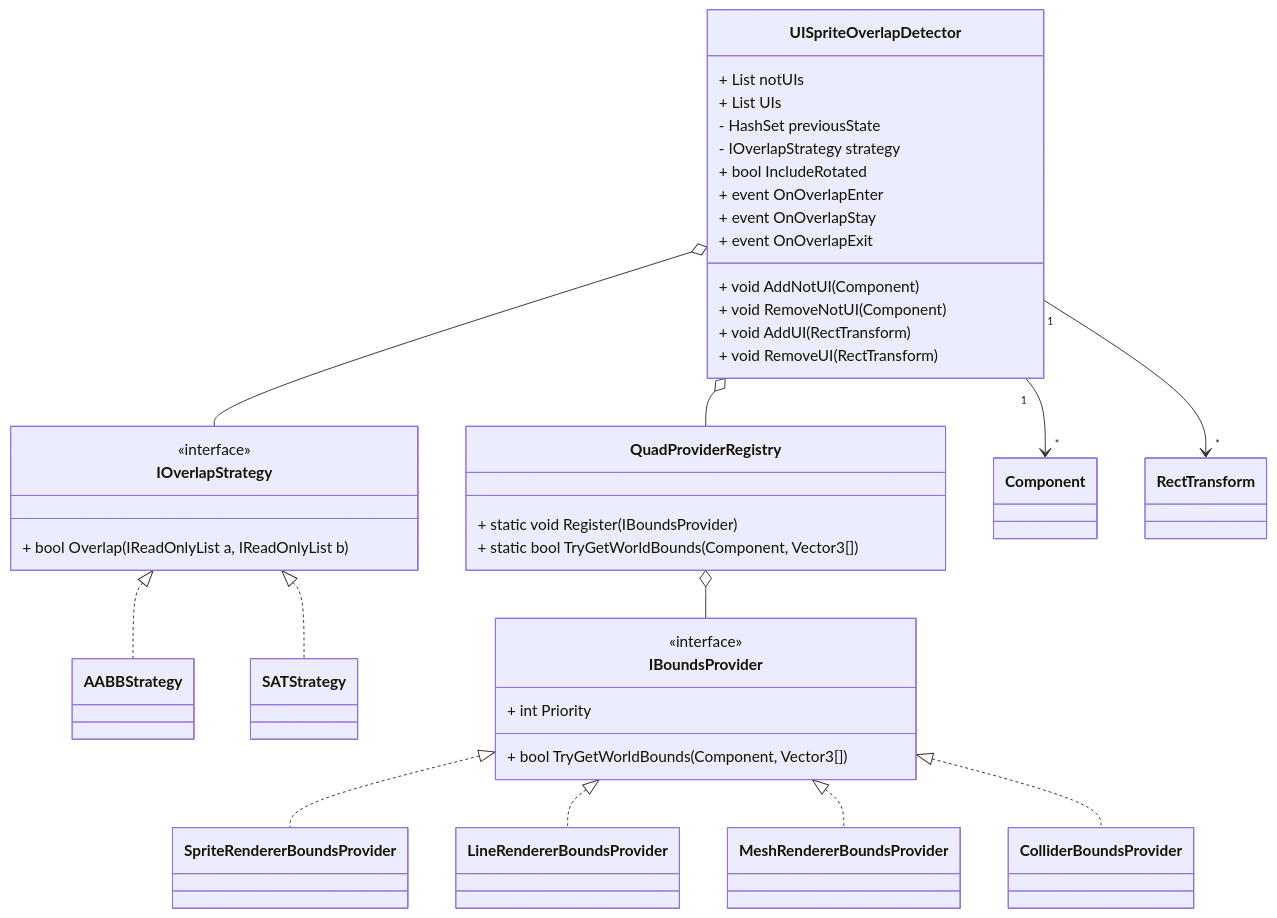
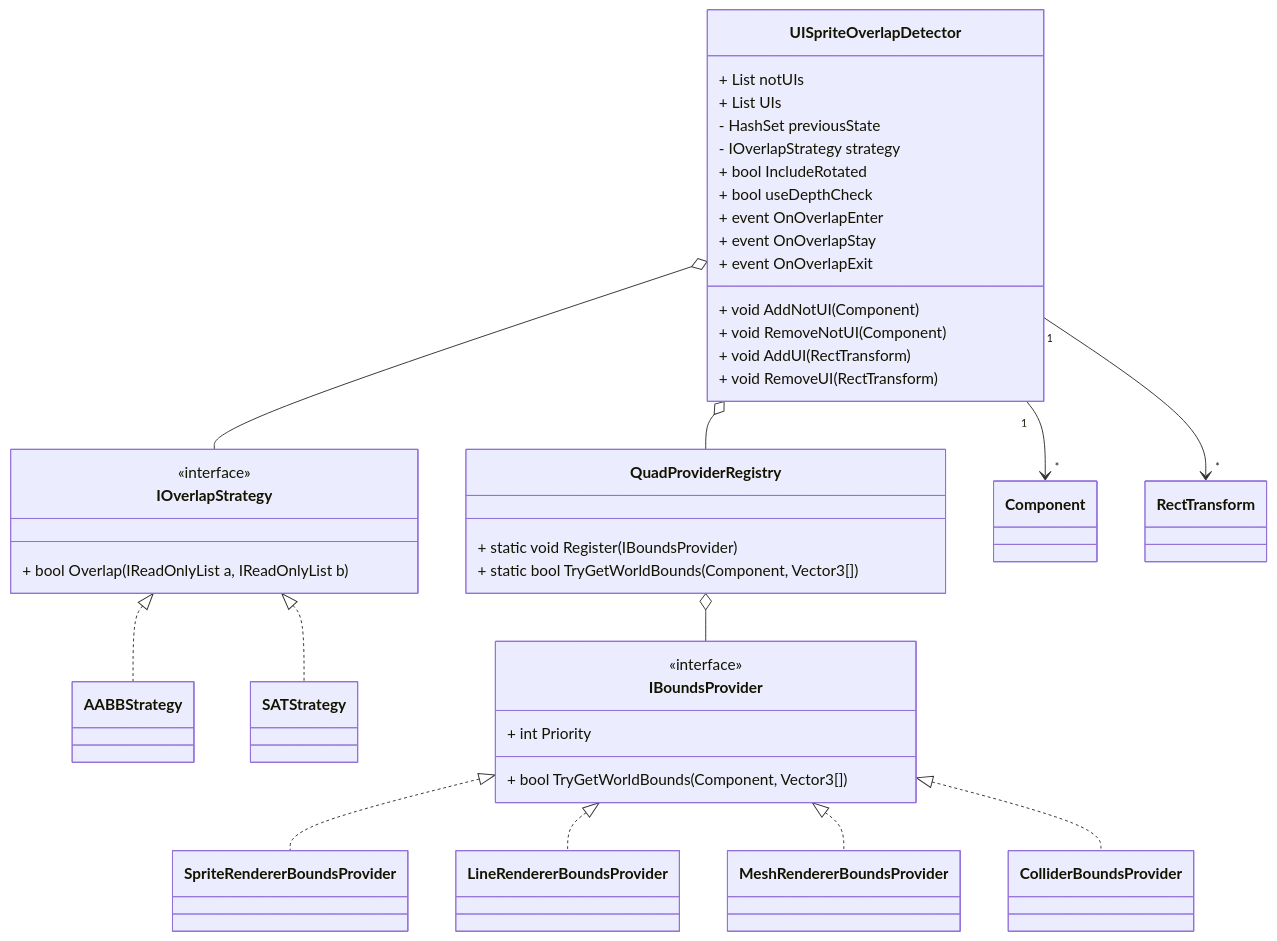
One commit to SunagimoOisii/UIOverlapDetector changed the diagram in README.md. Above: the diagram before and after it, drawn with Mermaid. The commit also changed other lines of this file and 4 other files, not shown here.

````diff
--- a/README.md
+++ b/README.md
@@ -29,58 +30,59 @@
 ```mermaid
 classDiagram
     direction TD
     
     class IOverlapStrategy {
         <<interface>>
-        + bool Overlap(IReadOnlyList<Vector2> a, IReadOnlyList<Vector2> b)
+        + bool Overlap(IReadOnlyList<Vector3> a, IReadOnlyList<Vector3> b)
     }
 
     class AABBStrategy
     class SATStrategy
 
     IOverlapStrategy <|.. AABBStrategy
     IOverlapStrategy <|.. SATStrategy
 
     class IBoundsProvider {
         <<interface>>
         + int Priority
         + bool TryGetWorldBounds(Component, Vector3[])
     }
 
     class SpriteRendererBoundsProvider
     class LineRendererBoundsProvider
     class MeshRendererBoundsProvider
     class ColliderBoundsProvider
 
     IBoundsProvider <|.. SpriteRendererBoundsProvider
     IBoundsProvider <|.. LineRendererBoundsProvider
     IBoundsProvider <|.. MeshRendererBoundsProvider
     IBoundsProvider <|.. ColliderBoundsProvider
 
     class QuadProviderRegistry {
         + static void Register(IBoundsProvider)
         + static bool TryGetWorldBounds(Component, Vector3[])
     }
 
     class UISpriteOverlapDetector {
         + List notUIs
         + List UIs
         - HashSet previousState
         - IOverlapStrategy strategy
         + bool IncludeRotated
+        + bool useDepthCheck
 
         + event OnOverlapEnter
         + event OnOverlapStay
         + event OnOverlapExit
         + void AddNotUI(Component)
         + void RemoveNotUI(Component)
         + void AddUI(RectTransform)
         + void RemoveUI(RectTransform)
     }
 
     UISpriteOverlapDetector o-- IOverlapStrategy
     UISpriteOverlapDetector o-- QuadProviderRegistry
     QuadProviderRegistry o-- IBoundsProvider
     UISpriteOverlapDetector "1" --> "*" Component
     UISpriteOverlapDetector "1" --> "*" RectTransform
 ```
````
